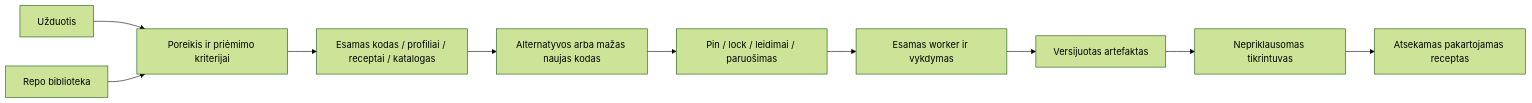
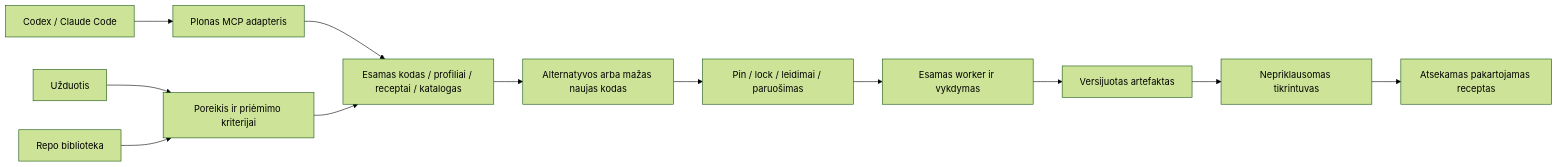
One commit to christianza1989/superintelligence changed the diagram in PLAN.md. Above: the diagram before and after it, drawn with Mermaid (forest theme). The commit also changed other lines of this file and 18 other files, not shown here.

Commit message:
docs: plan native MCP integration and Codex comparison

````diff
--- a/PLAN.md
+++ b/PLAN.md
@@ -9,12 +9,14 @@
 ```mermaid
 flowchart LR
+  Host[Codex / Claude Code] --> MCP[Plonas MCP adapteris]
+  MCP --> Find
   Task[Užduotis] --> Need[Poreikis ir priėmimo kriterijai]
   Library[Repo biblioteka] --> Need
   Need --> Find[Esamas kodas / profiliai / receptai / katalogas]
   Find --> Select[Alternatyvos arba mažas naujas kodas]
   Select --> Prepare[Pin / lock / leidimai / paruošimas]
   Prepare --> Worker[Esamas worker ir vykdymas]
   Worker --> Artifact[Versijuotas artefaktas]
   Artifact --> Verify[Nepriklausomas tikrintuvas]
   Verify --> Recipe[Atsekamas pakartojamas receptas]
 ```
````
